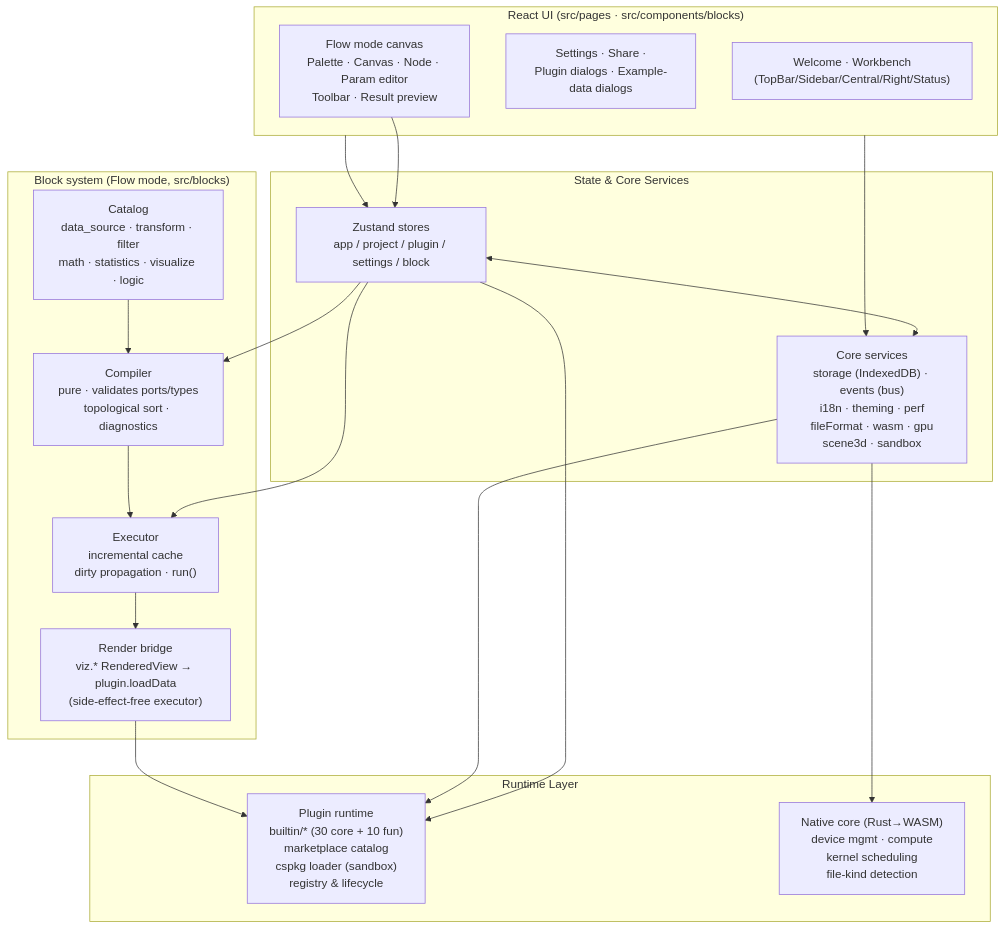
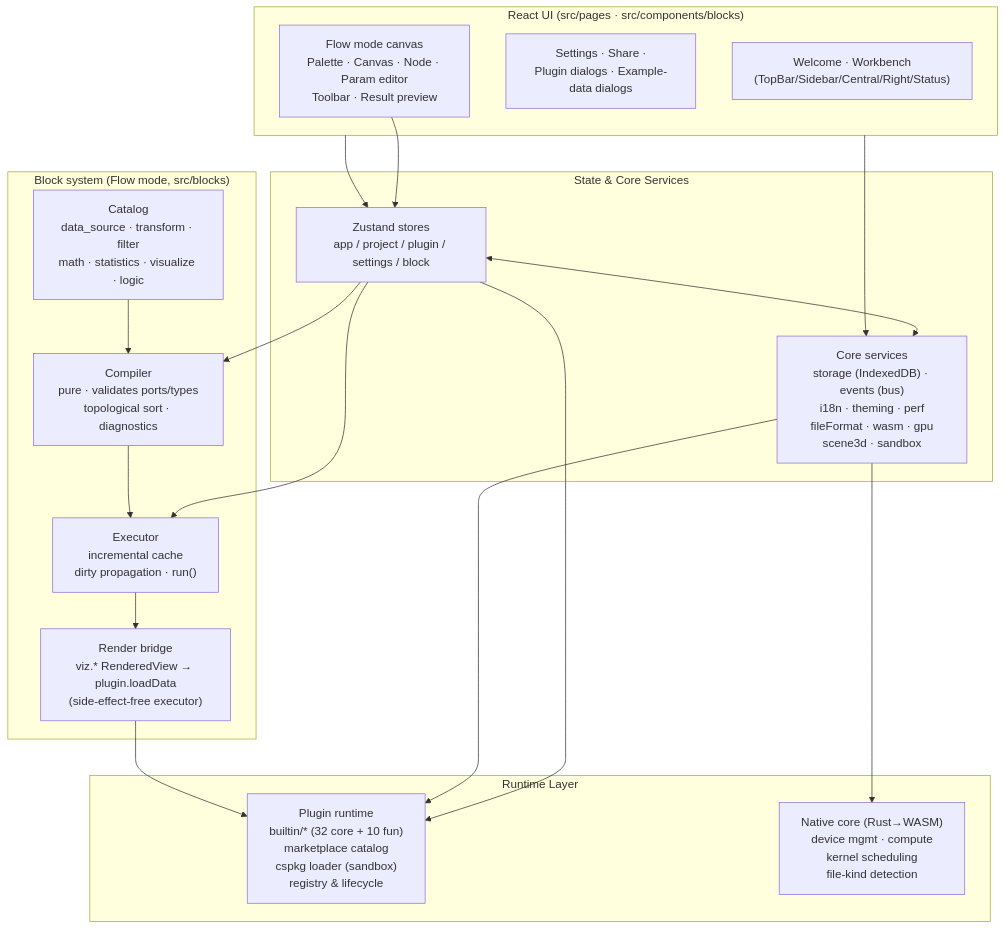
Before and after one commit to SnowLeopard-io/ErgalicsStudio: the diagram in README.md, drawn with Mermaid. The commit also changed other lines of this file and 9 other files, not shown here.

````diff
--- a/README.md
+++ b/README.md
@@ -425,39 +426,39 @@
 ```mermaid
 flowchart TB
     subgraph UI["React UI (src/pages · src/components/blocks)"]
         A1["Welcome · Workbench<br/>(TopBar/Sidebar/Central/Right/Status)"]
         A2["Settings · Share ·<br/>Plugin dialogs · Example-data dialogs"]
         A3["Flow mode canvas<br/>Palette · Canvas · Node · Param editor<br/>Toolbar · Result preview"]
     end
 
     subgraph State["State & Core Services"]
         B1["Zustand stores<br/>app / project / plugin / settings / block"]
         B2["Core services<br/>storage (IndexedDB) · events (bus)<br/>i18n · theming · perf<br/>fileFormat · wasm · gpu<br/>scene3d · sandbox"]
     end
 
     subgraph Blocks["Block system (Flow mode, src/blocks)"]
         D1["Catalog<br/>data_source · transform · filter<br/>math · statistics · visualize · logic"]
         D2["Compiler<br/>pure · validates ports/types<br/>topological sort · diagnostics"]
         D3["Executor<br/>incremental cache<br/>dirty propagation · run()"]
         D4["Render bridge<br/>viz.* RenderedView → plugin.loadData<br/>(side-effect-free executor)"]
     end
 
     subgraph Runtime["Runtime Layer"]
-        C1["Plugin runtime<br/>builtin/* (30 core + 10 fun)<br/>marketplace catalog<br/>cspkg loader (sandbox)<br/>registry & lifecycle"]
+        C1["Plugin runtime<br/>builtin/* (32 core + 10 fun)<br/>marketplace catalog<br/>cspkg loader (sandbox)<br/>registry & lifecycle"]
         C2["Native core (Rust→WASM)<br/>device mgmt · compute<br/>kernel scheduling<br/>file-kind detection"]
     end
 
     UI --> B1
     UI --> B2
     B1 <--> B2
     B1 --> C1
     B2 --> C1
     B2 --> C2
     A3 --> B1
     B1 --> D2
     B1 --> D3
     D2 --> D3
     D1 --> D2
     D3 --> D4
     D4 --> C1
 ```
````
